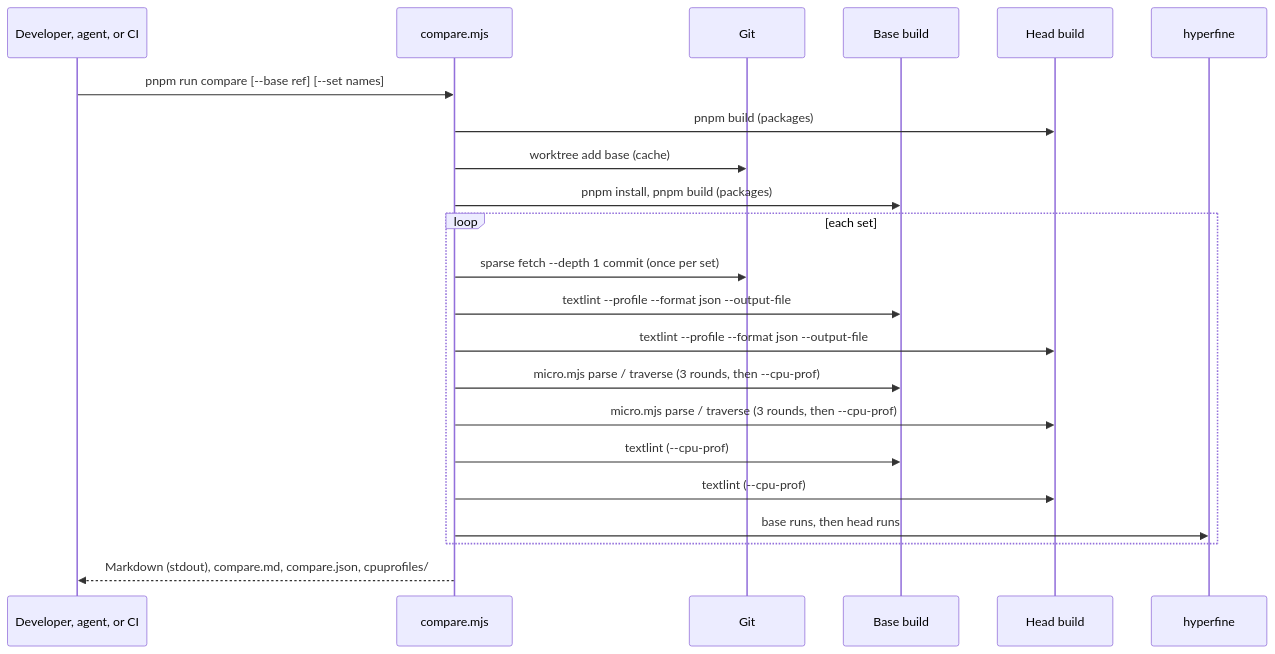
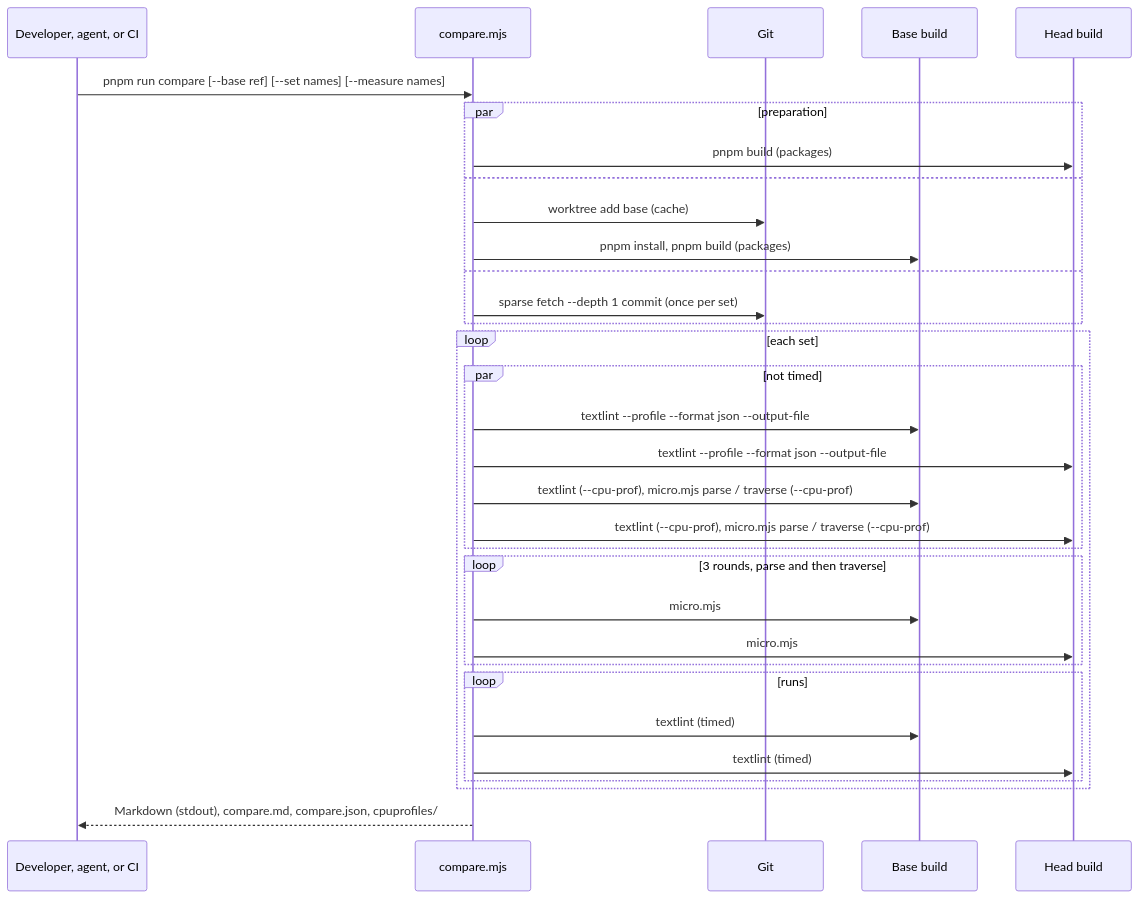
The diagram in docs/products/textlint/features/change-comparison/design.md (textlint/textlint), drawn with Mermaid before and after one commit. The commit also changed other lines of this file and 6 other files, not shown here.

First line of the commit message:
ci(benchmark): halve the time of the huge set of Profile and benchmark

````diff
--- a/docs/products/textlint/features/change-comparison/design.md
+++ b/docs/products/textlint/features/change-comparison/design.md
@@ -55,24 +60,34 @@
 ```mermaid
 sequenceDiagram
     participant Dev as Developer, agent, or CI
     participant Script as compare.mjs
     participant Git
     participant Base as Base build
     participant Head as Head build
-    participant HF as hyperfine
-    Dev->>Script: pnpm run compare [--base ref] [--set names]
-    Script->>Head: pnpm build (packages)
-    Script->>Git: worktree add base (cache)
-    Script->>Base: pnpm install, pnpm build (packages)
+    Dev->>Script: pnpm run compare [--base ref] [--set names] [--measure names]
+    par preparation
+        Script->>Head: pnpm build (packages)
+    and
+        Script->>Git: worktree add base (cache)
+        Script->>Base: pnpm install, pnpm build (packages)
+    and
+        Script->>Git: sparse fetch --depth 1 commit (once per set)
+    end
     loop each set
-        Script->>Git: sparse fetch --depth 1 commit (once per set)
-        Script->>Base: textlint --profile --format json --output-file
-        Script->>Head: textlint --profile --format json --output-file
-        Script->>Base: micro.mjs parse / traverse (3 rounds, then --cpu-prof)
-        Script->>Head: micro.mjs parse / traverse (3 rounds, then --cpu-prof)
-        Script->>Base: textlint (--cpu-prof)
-        Script->>Head: textlint (--cpu-prof)
-        Script->>HF: base runs, then head runs
+        par not timed
+            Script->>Base: textlint --profile --format json --output-file
+            Script->>Head: textlint --profile --format json --output-file
+            Script->>Base: textlint (--cpu-prof), micro.mjs parse / traverse (--cpu-prof)
+            Script->>Head: textlint (--cpu-prof), micro.mjs parse / traverse (--cpu-prof)
+        end
+        loop 3 rounds, parse and then traverse
+            Script->>Base: micro.mjs
+            Script->>Head: micro.mjs
+        end
+        loop runs
+            Script->>Base: textlint (timed)
+            Script->>Head: textlint (timed)
+        end
     end
     Script-->>Dev: Markdown (stdout), compare.md, compare.json, cpuprofiles/
 ```
````
